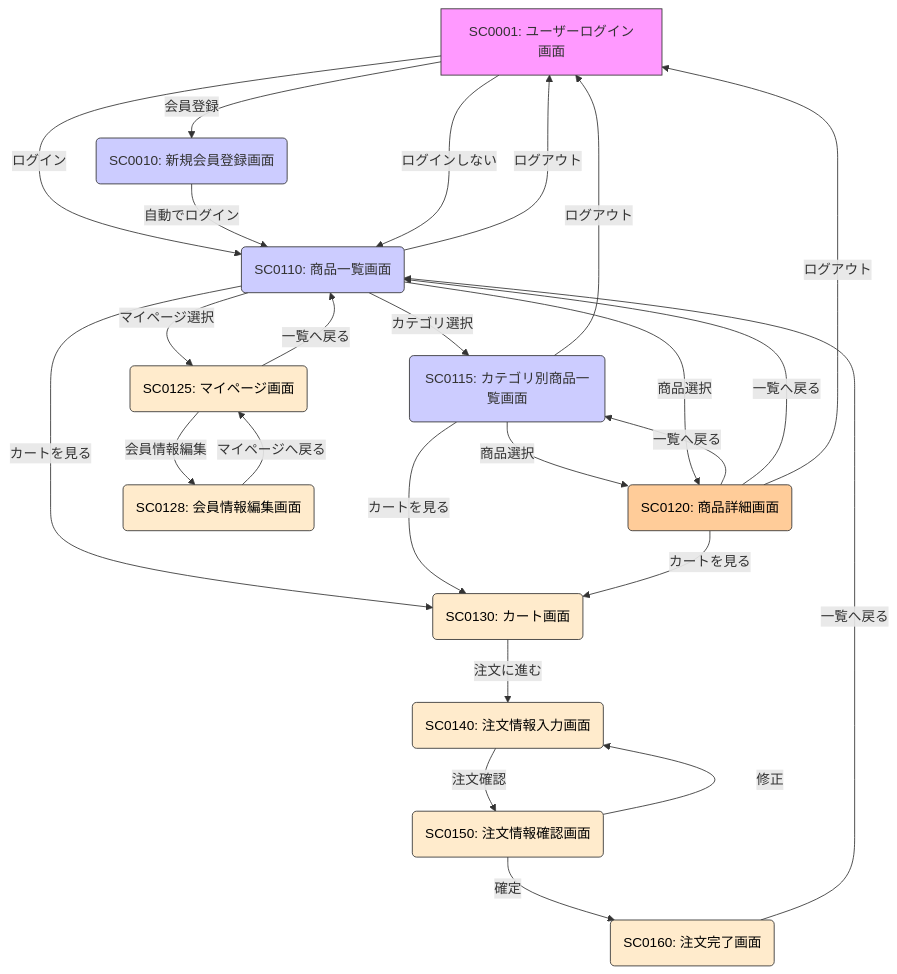
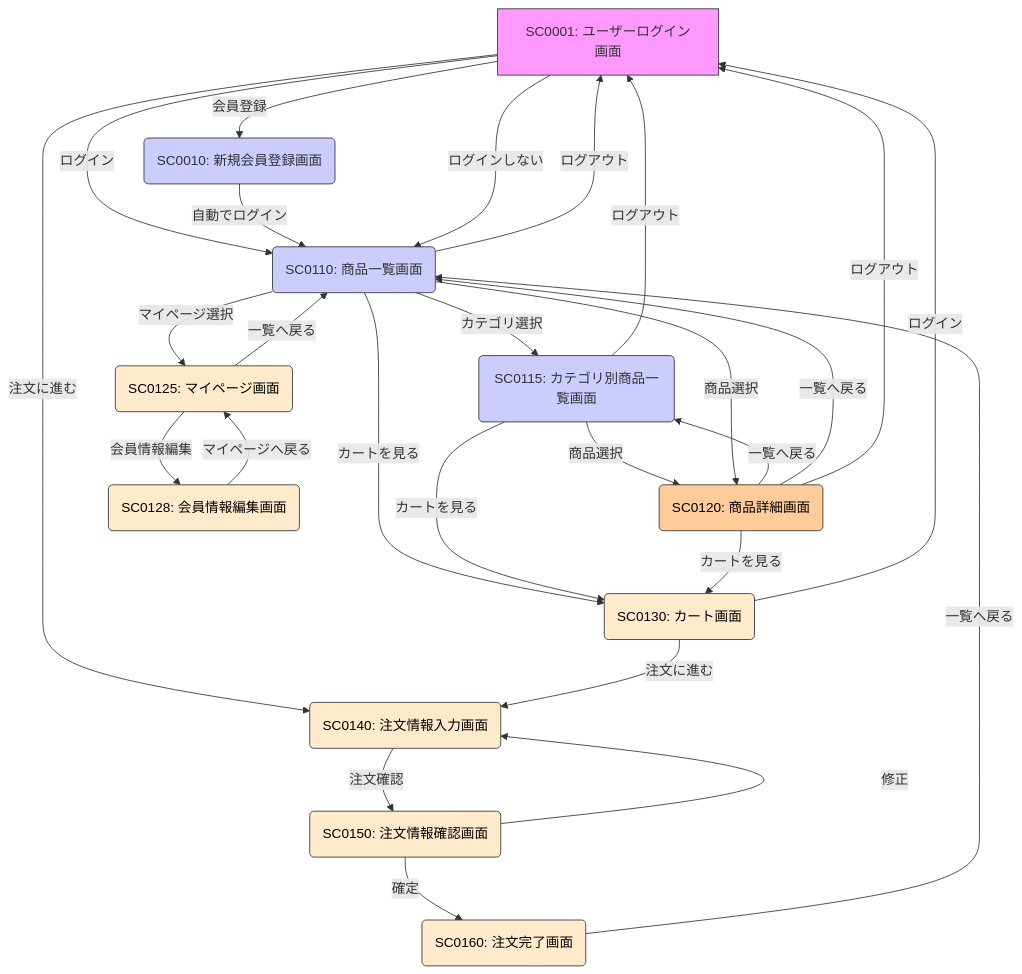
The first of 2 diagrams in 基本設計/C.md (YUKlT0/Equipe), drawn with Mermaid before and after one commit.

```diff
--- a/基本設計/C.md
+++ b/基本設計/C.md
@@ -46,50 +46,53 @@
 <div class="mermaid">
 graph TD
     A[SC0001: ユーザーログイン画面] -- ログイン --> C(SC0110: 商品一覧画面);
 
     A -- 会員登録 --> B(SC0010: 新規会員登録画面);
 
     B -- 自動でログイン --> C;
 
     A -- ログインしない --> C;
 
     C -- カテゴリ選択 --> D(SC0115: カテゴリ別商品一覧画面);
     D -- 商品選択 --> E(SC0120: 商品詳細画面);
     E -- 一覧へ戻る --> D;
 　
     C -- マイページ選択 --> V(SC0125: マイページ画面);
     V -- 一覧へ戻る --> C;
 
     V -- 会員情報編集 --> W(SC0128: 会員情報編集画面);
     W -- マイページへ戻る --> V;
 
     C -- 商品選択 --> E(SC0120: 商品詳細画面);
     E -- 一覧へ戻る --> C;
 
     C -- カートを見る --> F(SC0130: カート画面);
     D -- カートを見る --> F;
     E -- カートを見る --> F;
+    
+    F -- ログイン --> A;
+    A -- 注文に進む --> G;
 
     F -- 注文に進む --> G(SC0140: 注文情報入力画面);
     G -- 注文確認 --> H(SC0150: 注文情報確認画面);
     H -- 修正 --> G;
     H -- 確定 --> I(SC0160: 注文完了画面);
     I -- 一覧へ戻る --> C;
 
     C -- ログアウト --> A;
     D -- ログアウト --> A;
     E -- ログアウト --> A; 
 
     style A fill:#f9f,stroke:#333,stroke-width:1px
     style B fill:#ccf,stroke:#333,stroke-width:1px
     style C fill:#ccf,stroke:#333,stroke-width:1px
     style D fill:#ccf,stroke:#333,stroke-width:1px
     style E fill:#ffcc99,stroke:#333,stroke-width:1px,color:#000
     style F fill:#ffebcc,stroke:#333,stroke-width:1px,color:#000
     style G fill:#ffebcc,stroke:#333,stroke-width:1px,color:#000
     style H fill:#ffebcc,stroke:#333,stroke-width:1px,color:#000
     style I fill:#ffebcc,stroke:#333,stroke-width:1px,color:#000
     style V fill:#ffebcc,stroke:#333,stroke-width:1px,color:#000
     style W fill:#ffebcc,stroke:#333,stroke-width:1px,color:#000
 
 </div>
```
